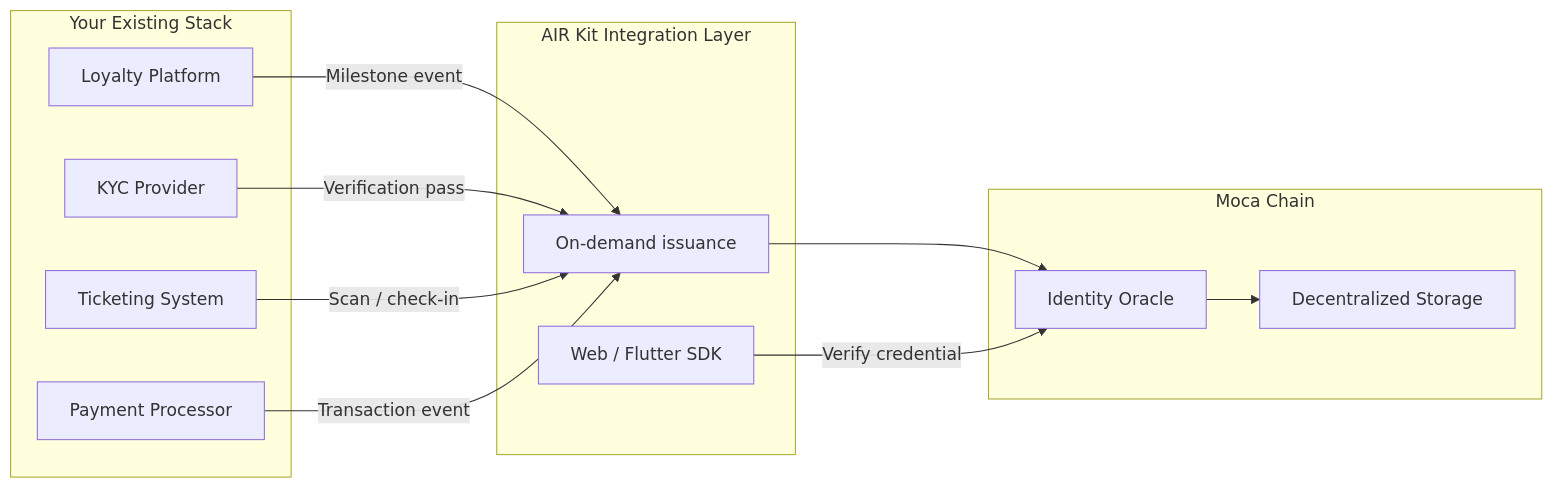
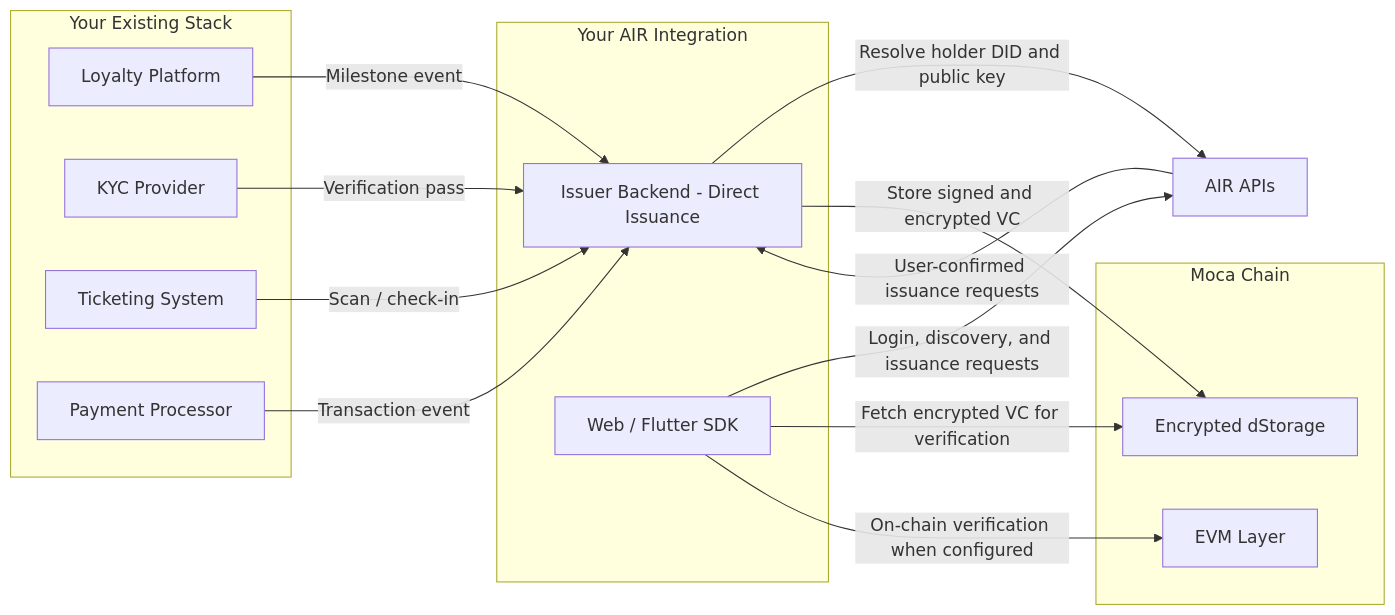
Before and after one commit to MocaNetwork/docs: the seventh of 7 diagrams in airkit/guides/overview.mdx, drawn with Mermaid. The commit also changed other lines of this file, not shown here.

Commit message:
Feat: Upgrade Airkit overview flow to meet latest updates

````diff
--- a/airkit/guides/overview.mdx
+++ b/airkit/guides/overview.mdx
@@ -125,27 +224,32 @@
 ```mermaid
 graph LR
     subgraph Existing["Your Existing Stack"]
       L[Loyalty Platform]
       K[KYC Provider]
       T[Ticketing System]
       P[Payment Processor]
     end
 
-    subgraph AIR["AIR Kit Integration Layer"]
-      IB[On-demand issuance]
+    subgraph Integration["Your AIR Integration"]
+      IB[Issuer Backend - Direct Issuance]
       SDK2[Web / Flutter SDK]
     end
 
+    API2[AIR APIs]
+
     subgraph MocaChain["Moca Chain"]
-      ORC[Identity Oracle]
-      STORE[Decentralized Storage]
+      STORE[Encrypted dStorage]
+      EVM[EVM Layer]
     end
 
     L -->|Milestone event| IB
     K -->|Verification pass| IB
     T -->|Scan / check-in| IB
     P -->|Transaction event| IB
-    IB --> ORC
-    ORC --> STORE
-    SDK2 -->|Verify credential| ORC
+    IB -->|Resolve holder DID and public key| API2
+    IB -->|Store signed and encrypted VC| STORE
+    SDK2 -->|Login, discovery, and issuance requests| API2
+    API2 -->|User-confirmed issuance requests| IB
+    SDK2 -->|Fetch encrypted VC for verification| STORE
+    SDK2 -->|On-chain verification when configured| EVM
 ```
````
